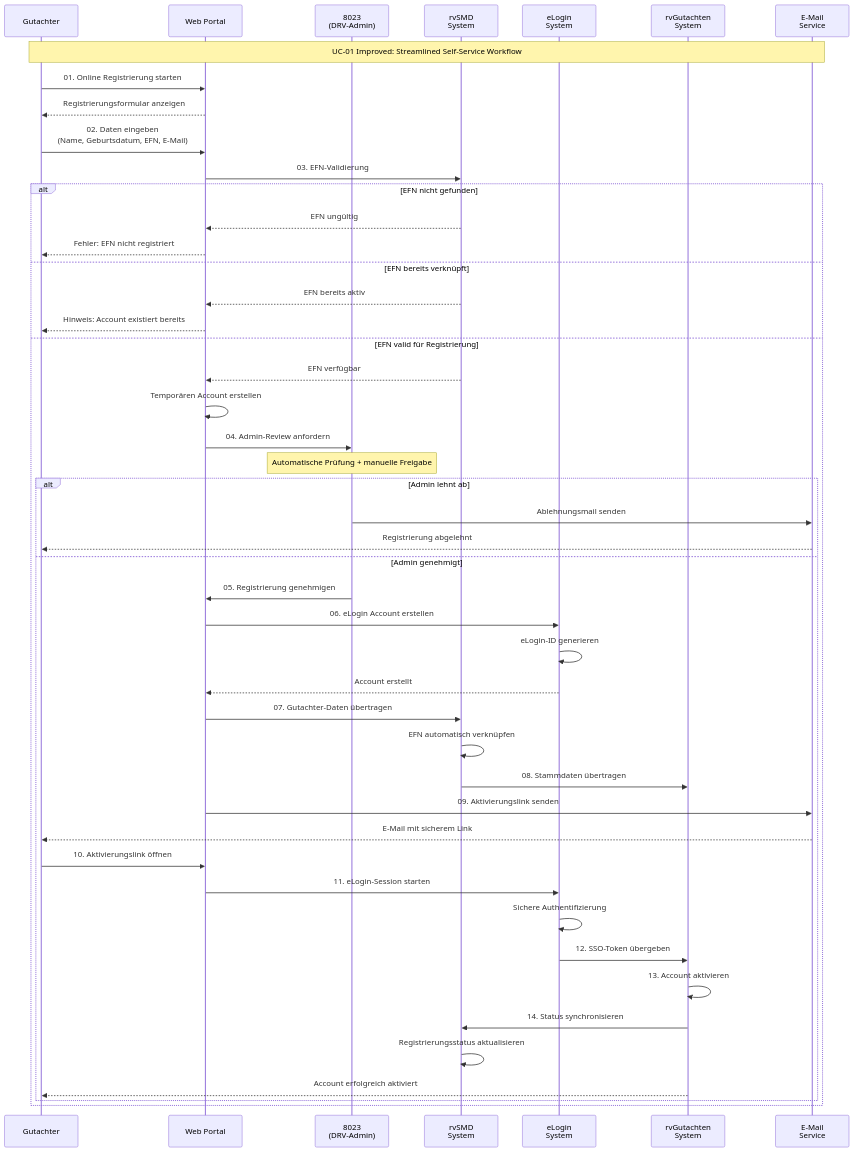
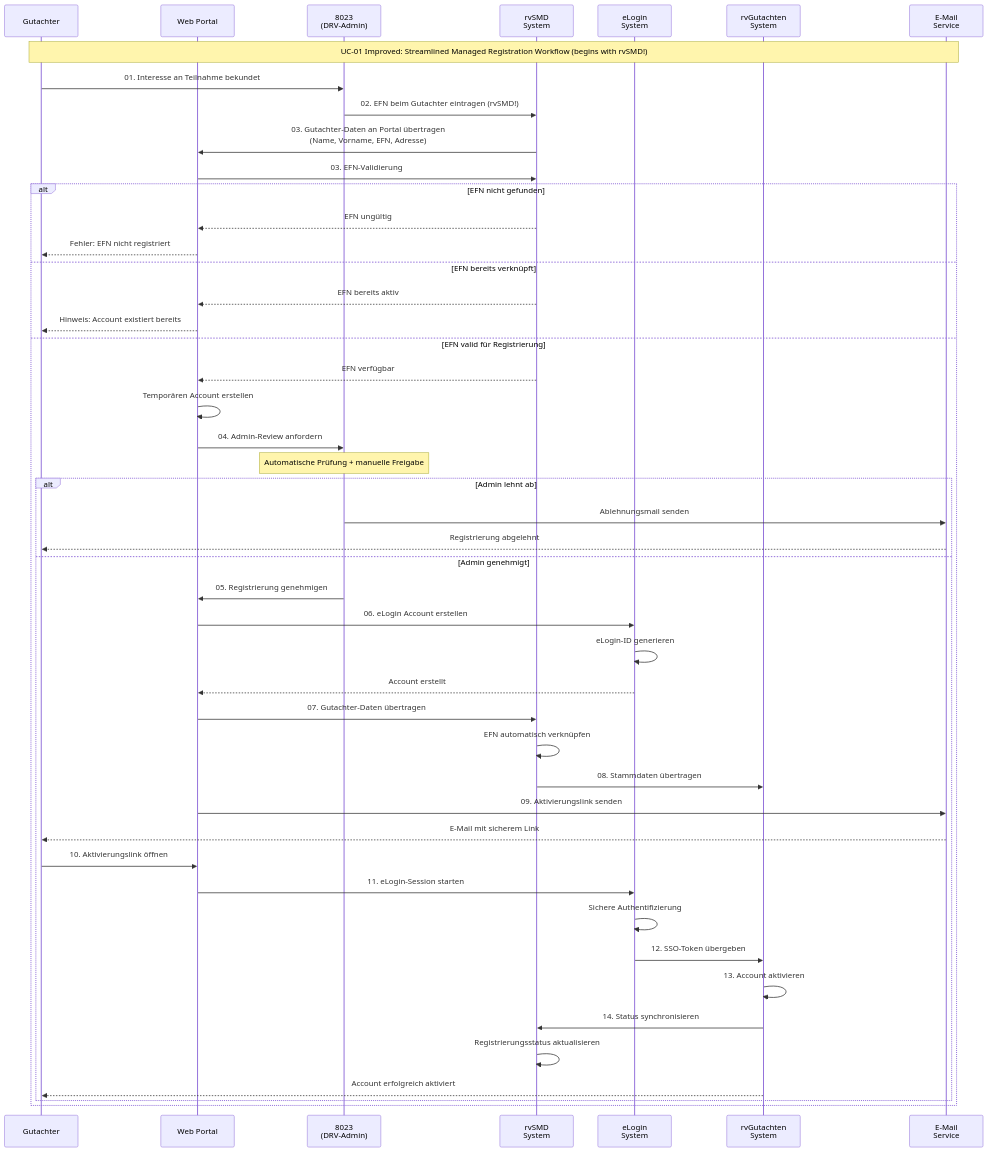
The second of 2 diagrams in docs/analysis/UC-01_version4.md (megadur/QARvGut), drawn with Mermaid before and after one commit. The commit also changed other lines of this file and 7 other files, not shown here.

First line of the commit message:
Add detailed numbered sequence diagrams for QARvGut MVP use cases

````diff
--- a/docs/analysis/UC-01_version4.md
+++ b/docs/analysis/UC-01_version4.md
@@ -136,65 +136,65 @@
 ```mermaid
 sequenceDiagram
     participant G as Gutachter
     participant WEB as Web Portal
     participant ADM as 8023<br/>(DRV-Admin)
     participant RVS as rvSMD<br/>System
     participant EL as eLogin<br/>System
     participant RVG as rvGutachten<br/>System
     participant EMAIL as E-Mail<br/>Service
     
-    Note over G,EMAIL: UC-01 Improved: Streamlined Self-Service Workflow
-    
-    %% Phase 1: Self-Service Registration
-    G->>WEB: 01. Online Registrierung starten
-    WEB-->>G: Registrierungsformular anzeigen
-    
-    G->>WEB: 02. Daten eingeben<br/>(Name, Geburtsdatum, EFN, E-Mail)
+    Note over G,EMAIL: UC-01 Improved: Streamlined Managed Registration Workflow (begins with rvSMD!)
+
+    %% Phase 1: Managed Registration Initiation
+    G->>ADM: 01. Interesse an Teilnahme bekundet
+    ADM->>RVS: 02. EFN beim Gutachter eintragen (rvSMD!)
+
+    RVS->>WEB: 03. Gutachter-Daten an Portal übertragen<br/>(Name, Vorname, EFN, Adresse)
     WEB->>RVS: 03. EFN-Validierung
     
     alt EFN nicht gefunden
         RVS-->>WEB: EFN ungültig
         WEB-->>G: Fehler: EFN nicht registriert
     else EFN bereits verknüpft
         RVS-->>WEB: EFN bereits aktiv
         WEB-->>G: Hinweis: Account existiert bereits
     else EFN valid für Registrierung
         RVS-->>WEB: EFN verfügbar
         WEB->>WEB: Temporären Account erstellen
         
         %% Phase 2: Admin Review (Automated where possible)
         WEB->>ADM: 04. Admin-Review anfordern
         Note over ADM: Automatische Prüfung + manuelle Freigabe
         
         alt Admin lehnt ab
             ADM->>EMAIL: Ablehnungsmail senden
             EMAIL-->>G: Registrierung abgelehnt
         else Admin genehmigt
             ADM->>WEB: 05. Registrierung genehmigen
             
             %% Phase 3: Automated System Integration
             WEB->>EL: 06. eLogin Account erstellen
             EL->>EL: eLogin-ID generieren
             EL-->>WEB: Account erstellt
             
             WEB->>RVS: 07. Gutachter-Daten übertragen
             RVS->>RVS: EFN automatisch verknüpfen
             RVS->>RVG: 08. Stammdaten übertragen
             
             %% Phase 4: Single Activation Process
             WEB->>EMAIL: 09. Aktivierungslink senden
             EMAIL-->>G: E-Mail mit sicherem Link
             
             G->>WEB: 10. Aktivierungslink öffnen
             WEB->>EL: 11. eLogin-Session starten
             EL->>EL: Sichere Authentifizierung
             EL->>RVG: 12. SSO-Token übergeben
             
             RVG->>RVG: 13. Account aktivieren
             RVG->>RVS: 14. Status synchronisieren
             RVS->>RVS: Registrierungsstatus aktualisieren
             
             RVG-->>G: Account erfolgreich aktiviert
         end
     end
 ```
````
